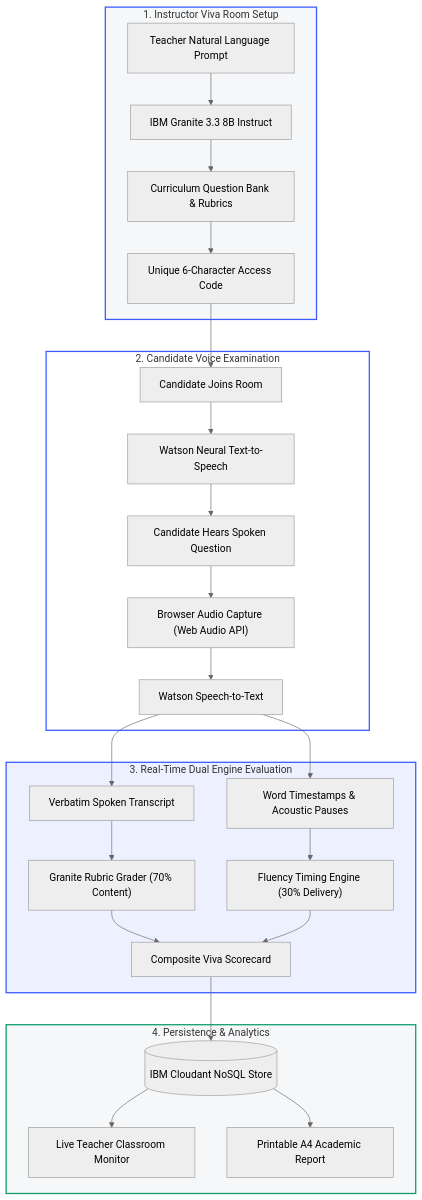
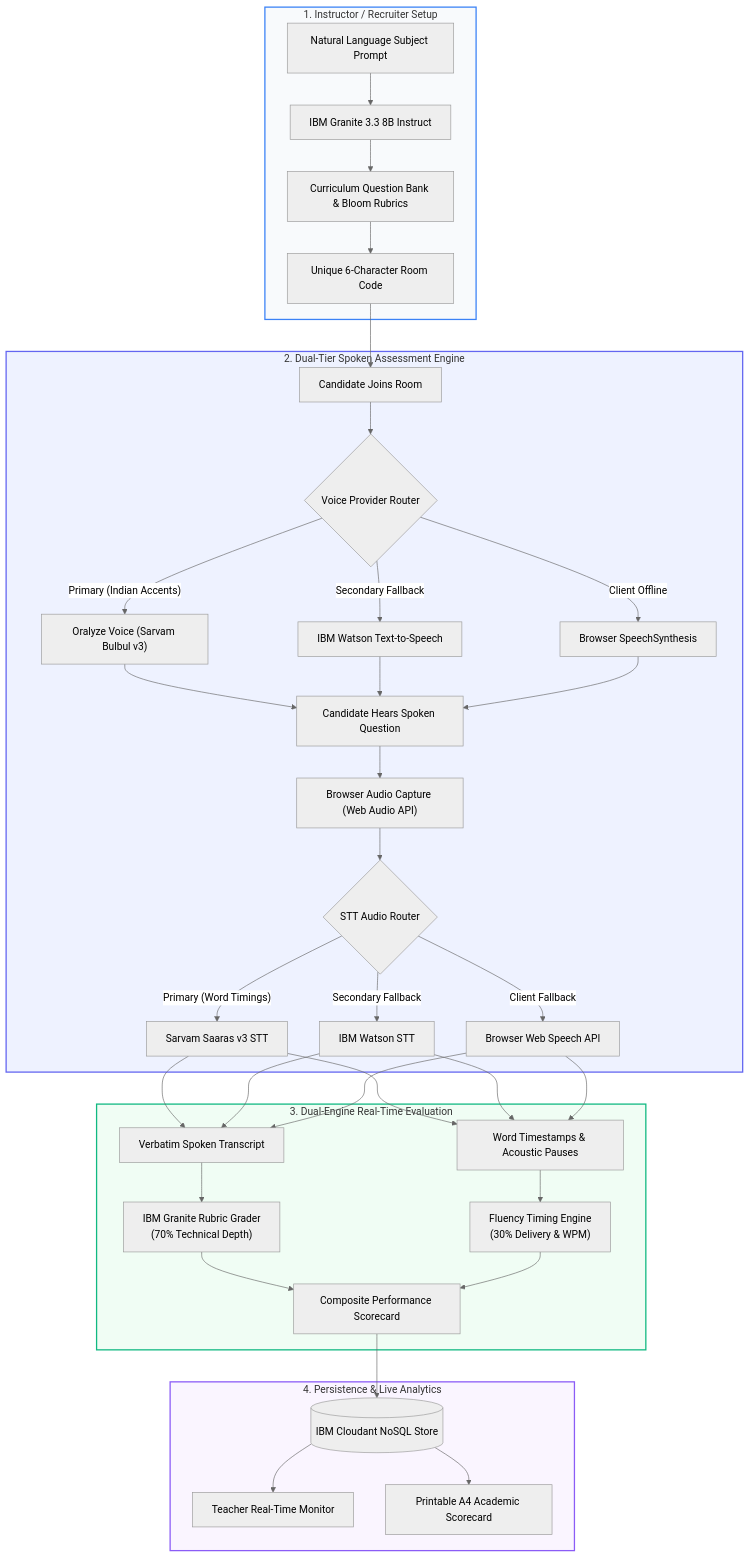
The first of 2 diagrams in README.md (mohitraj8503/Oralyze), drawn with Mermaid (neutral theme) before and after one commit. The commit also changed other lines of this file and 8 other files, not shown here.

Commit message:
docs: update platform walkthrough, architecture diagrams, live screenshots, and fix math demo state leak

````diff
--- a/README.md
+++ b/README.md
@@ -89,36 +100,42 @@
 ```mermaid
 flowchart TD
-    subgraph TeacherStage["1. Instructor Viva Room Setup"]
-        T1["Teacher Natural Language Prompt"] --> T2["IBM Granite 3.3 8B Instruct"]
-        T2 --> T3["Curriculum Question Bank & Rubrics"]
-        T3 --> T4["Unique 6-Character Access Code"]
+    subgraph HostStage["1. Instructor / Recruiter Setup"]
+        T1["Natural Language Subject Prompt"] --> T2["IBM Granite 3.3 8B Instruct"]
+        T2 --> T3["Curriculum Question Bank & Bloom Rubrics"]
+        T3 --> T4["Unique 6-Character Room Code"]
     end
 
-    subgraph CandidateStage["2. Candidate Voice Examination"]
+    subgraph VoiceStage["2. Dual-Tier Spoken Assessment Engine"]
         T4 --> C1["Candidate Joins Room"]
-        C1 --> C2["Watson Neural Text-to-Speech"]
-        C2 --> C3["Candidate Hears Spoken Question"]
+        C1 --> C2{"Voice Provider Router"}
+        C2 -->|"Primary (Indian Accents)"| V1["Oralyze Voice (Sarvam Bulbul v3)"]
+        C2 -->|"Secondary Fallback"| V2["IBM Watson Text-to-Speech"]
+        C2 -->|"Client Offline"| V3["Browser SpeechSynthesis"]
+        V1 & V2 & V3 --> C3["Candidate Hears Spoken Question"]
         C3 --> C4["Browser Audio Capture (Web Audio API)"]
-        C4 --> C5["Watson Speech-to-Text"]
+        C4 --> S1{"STT Audio Router"}
+        S1 -->|"Primary (Word Timings)"| S2["Sarvam Saaras v3 STT"]
+        S1 -->|"Secondary Fallback"| S3["IBM Watson STT"]
+        S1 -->|"Client Fallback"| S4["Browser Web Speech API"]
     end
 
-    subgraph EvaluationStage["3. Real-Time Dual Engine Evaluation"]
-        C5 --> E1["Verbatim Spoken Transcript"]
-        C5 --> E2["Word Timestamps & Acoustic Pauses"]
-        E1 --> E3["Granite Rubric Grader (70% Content)"]
-        E2 --> E4["Fluency Timing Engine (30% Delivery)"]
-        E3 --> E5["Composite Viva Scorecard"]
+    subgraph EvalStage["3. Dual-Engine Real-Time Evaluation"]
+        S2 & S3 & S4 --> E1["Verbatim Spoken Transcript"]
+        S2 & S3 & S4 --> E2["Word Timestamps & Acoustic Pauses"]
+        E1 --> E3["IBM Granite Rubric Grader\n(70% Technical Depth)"]
+        E2 --> E4["Fluency Timing Engine\n(30% Delivery & WPM)"]
+        E3 --> E5["Composite Performance Scorecard"]
         E4 --> E5
     end
 
-    subgraph StorageStage["4. Persistence & Analytics"]
-        E5 --> S1[("IBM Cloudant NoSQL Store")]
-        S1 --> S2["Live Teacher Classroom Monitor"]
-        S1 --> S3["Printable A4 Academic Report"]
+    subgraph StorageStage["4. Persistence & Live Analytics"]
+        E5 --> DB1[("IBM Cloudant NoSQL Store")]
+        DB1 --> M1["Teacher Real-Time Monitor"]
+        DB1 --> M2["Printable A4 Academic Scorecard"]
     end
 
-    style TeacherStage fill:#F6F7F9,stroke:#3B5BFF,stroke-width:2px
-    style CandidateStage fill:#FFFFFF,stroke:#3B5BFF,stroke-width:2px
-    style EvaluationStage fill:#EDF1FF,stroke:#3B5BFF,stroke-width:2px
-    style StorageStage fill:#F6F7F9,stroke:#0F9D6E,stroke-width:2px
+    style HostStage fill:#F8FAFC,stroke:#3B82F6,stroke-width:2px
+    style VoiceStage fill:#EEF2FF,stroke:#6366F1,stroke-width:2px
+    style EvalStage fill:#F0FDF4,stroke:#10B981,stroke-width:2px
+    style StorageStage fill:#FAF5FF,stroke:#8B5CF6,stroke-width:2px
 ```
````
